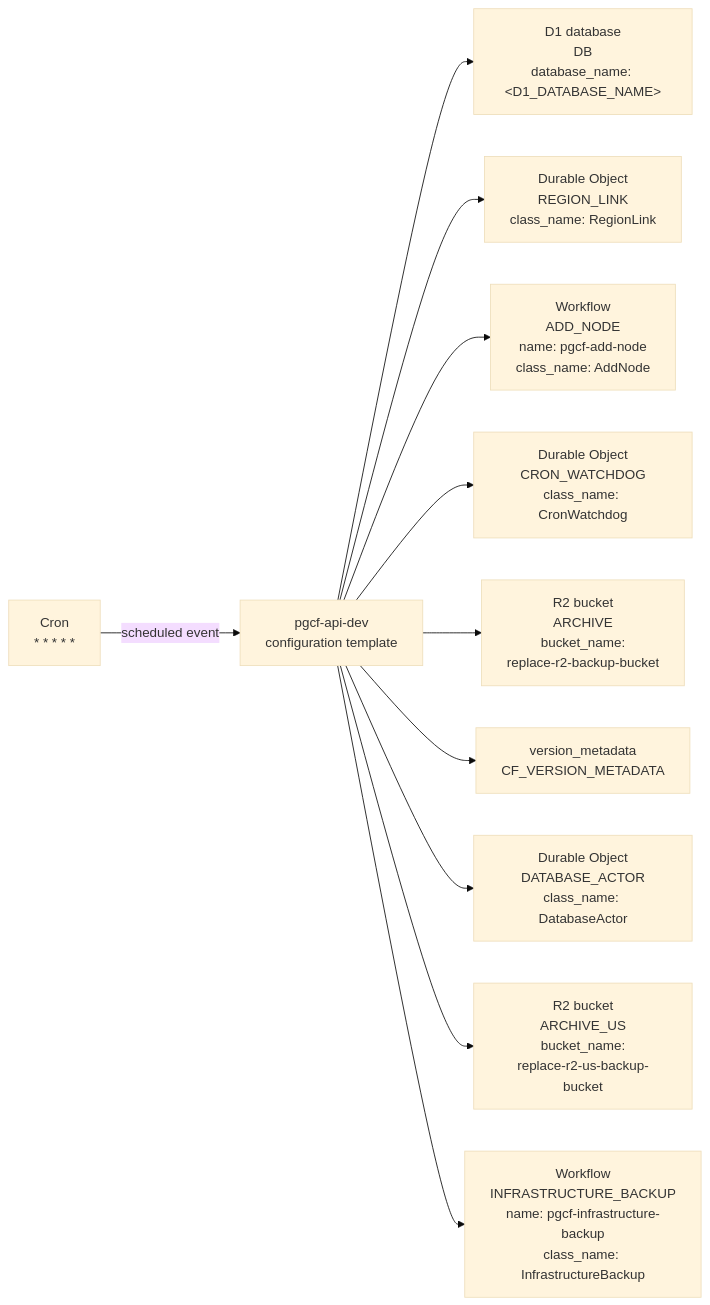
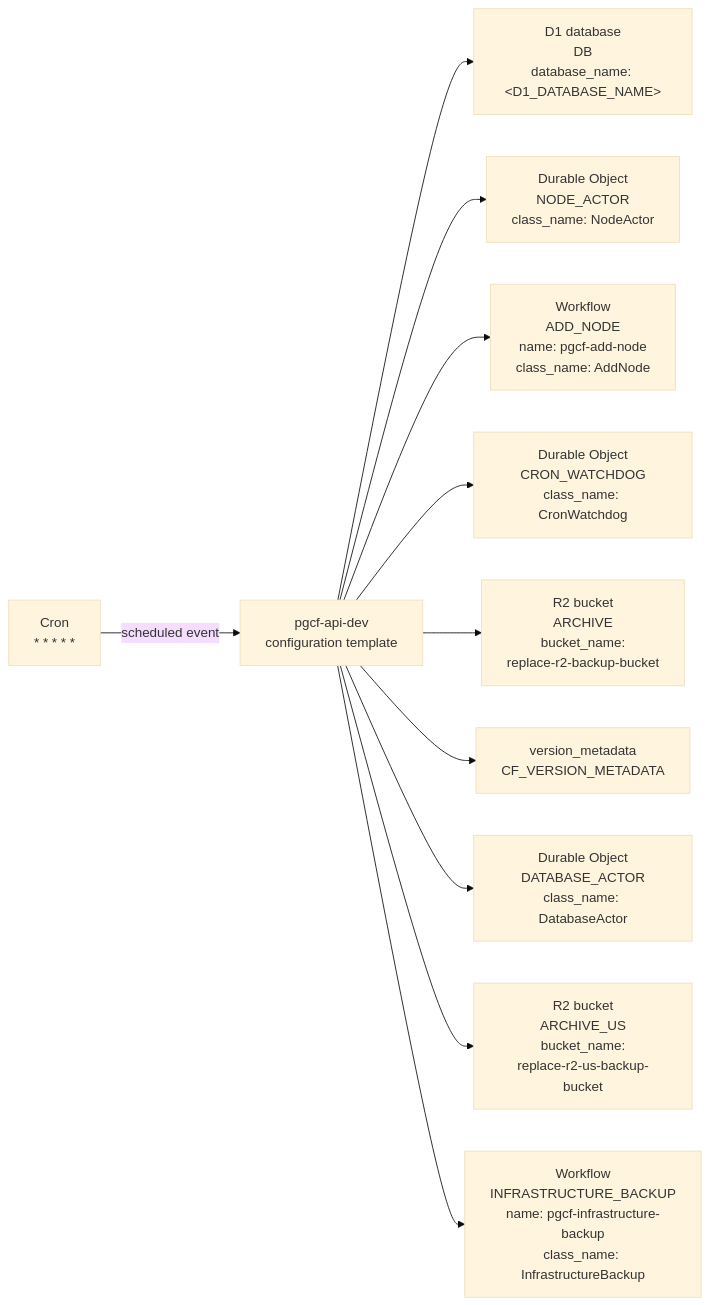
One commit to amerged-org/cloudflare-postgres changed the diagram in docs/architecture/mermaider/api-resources.mmd. Above: the diagram before and after it, drawn with Mermaid (base theme). The commit also changed 171 other files, not shown here.

```diff
--- a/docs/architecture/mermaider/api-resources.mmd
+++ b/docs/architecture/mermaider/api-resources.mmd
@@ -1,22 +1,22 @@
 flowchart LR
     n_839713e89618["Cron<br/>* * * * *"]
     n_f305dbc12c79["D1 database<br/>DB<br/>database_name: #60;D1_DATABASE_NAME#62;"]
     n_049ba2d64372["Workflow<br/>ADD_NODE<br/>name: pgcf-add-node<br/>class_name: AddNode"]
     n_36ffcdc5f79f["Workflow<br/>INFRASTRUCTURE_BACKUP<br/>name: pgcf-infrastructure-backup<br/>class_name: InfrastructureBackup"]
     n_85c654928d8c["version_metadata<br/>CF_VERSION_METADATA"]
     n_71083a5197e9["R2 bucket<br/>ARCHIVE<br/>bucket_name:<br/>replace-r2-backup-bucket"]
     n_12eaf448c6b2["R2 bucket<br/>ARCHIVE_US<br/>bucket_name:<br/>replace-r2-us-backup-bucket"]
     n_056b63fe76be["Durable Object<br/>DATABASE_ACTOR<br/>class_name: DatabaseActor"]
     n_d0efe52f1f47["Durable Object<br/>CRON_WATCHDOG<br/>class_name: CronWatchdog"]
     n_7a30182df25a["pgcf-api-dev<br/>configuration template"]
-    n_260ca5b8b289["Durable Object<br/>REGION_LINK<br/>class_name: RegionLink"]
+    n_260ca5b8b289["Durable Object<br/>NODE_ACTOR<br/>class_name: NodeActor"]
     n_7a30182df25a --> n_f305dbc12c79
     n_7a30182df25a --> n_260ca5b8b289
     n_839713e89618 -->|"scheduled event"| n_7a30182df25a
     n_7a30182df25a --> n_049ba2d64372
     n_7a30182df25a --> n_d0efe52f1f47
     n_7a30182df25a --> n_71083a5197e9
     n_7a30182df25a --> n_85c654928d8c
     n_7a30182df25a --> n_056b63fe76be
     n_7a30182df25a --> n_12eaf448c6b2
     n_7a30182df25a --> n_36ffcdc5f79f
```
